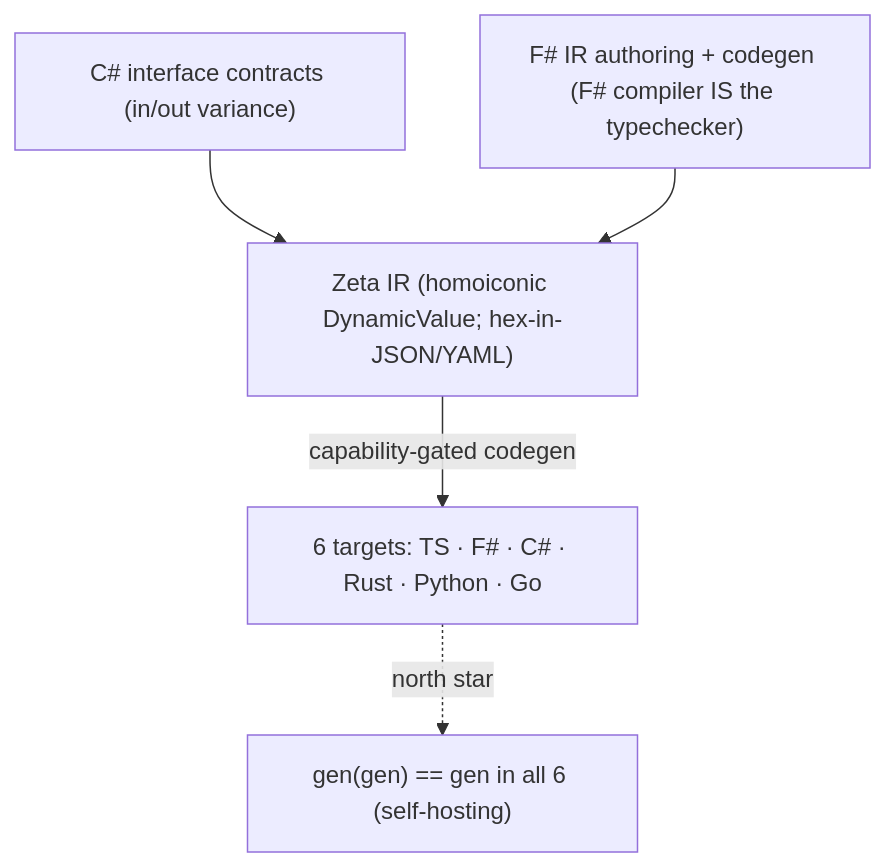
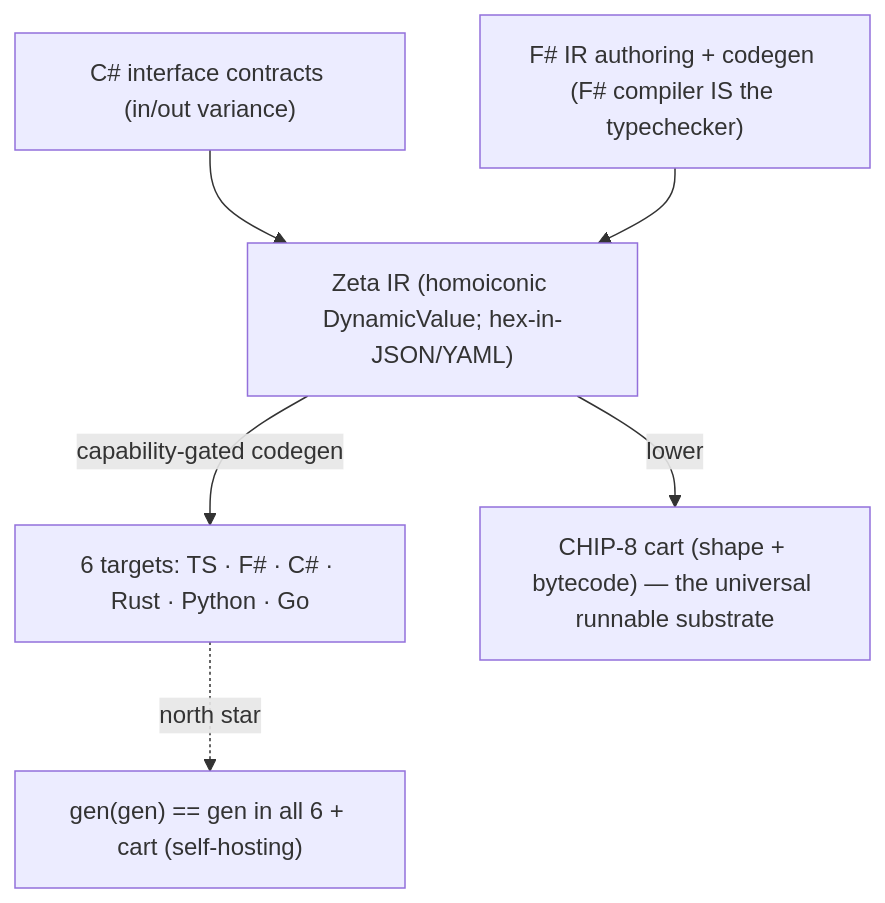
The diagram in docs/research/2026-06-14-zeta-language-ir-compiler-v2-capability-interface-principle-fsharp-host-csharp-contracts-self-hosting-futamura.md (AceHack/Zeta), drawn with Mermaid before and after one commit. The commit also changed other lines of this file, not shown here.

First line of the commit message:
docs(research): Zeta IR v2 — four Itron interfaces + collection-engine negative anchor + cart/shape/CHIP-8 (#8182)

````diff
--- a/docs/research/2026-06-14-zeta-language-ir-compiler-v2-capability-interface-principle-fsharp-host-csharp-contracts-self-hosting-futamura.md
+++ b/docs/research/2026-06-14-zeta-language-ir-compiler-v2-capability-interface-principle-fsharp-host-csharp-contracts-self-hosting-futamura.md
@@ -29,7 +31,8 @@
 ```mermaid
 graph TD
     Contracts["C# interface contracts (in/out variance)"] --> IR
     FSharp["F# IR authoring + codegen (F# compiler IS the typechecker)"] --> IR["Zeta IR (homoiconic DynamicValue; hex-in-JSON/YAML)"]
     IR -->|capability-gated codegen| Targets["6 targets: TS · F# · C# · Rust · Python · Go"]
-    Targets -.->|north star| Self["gen(gen) == gen in all 6 (self-hosting)"]
+    IR -->|lower| Chip8["CHIP-8 cart (shape + bytecode) — the universal runnable substrate"]
+    Targets -.->|north star| Self["gen(gen) == gen in all 6 + cart (self-hosting)"]
 ```
````
